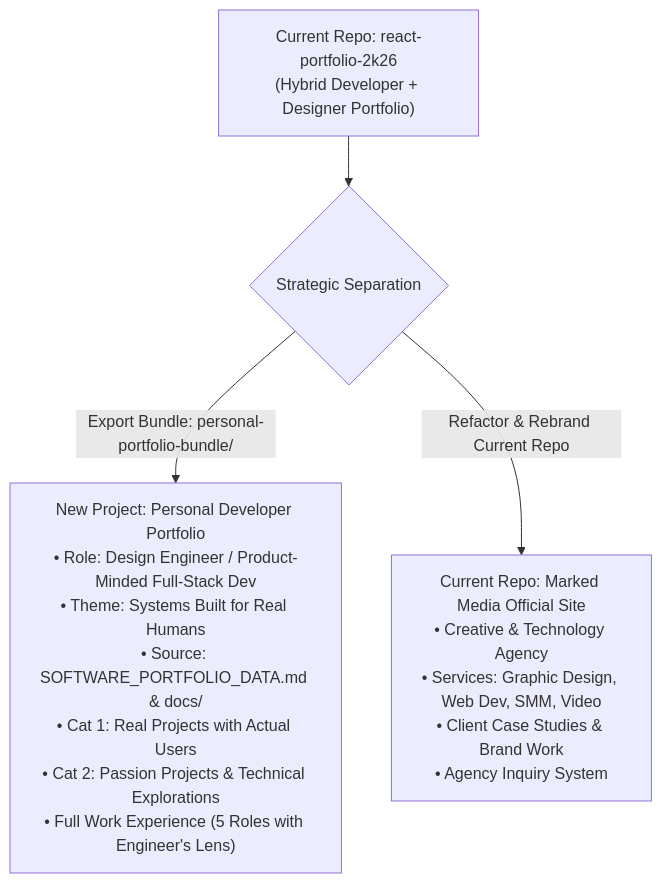
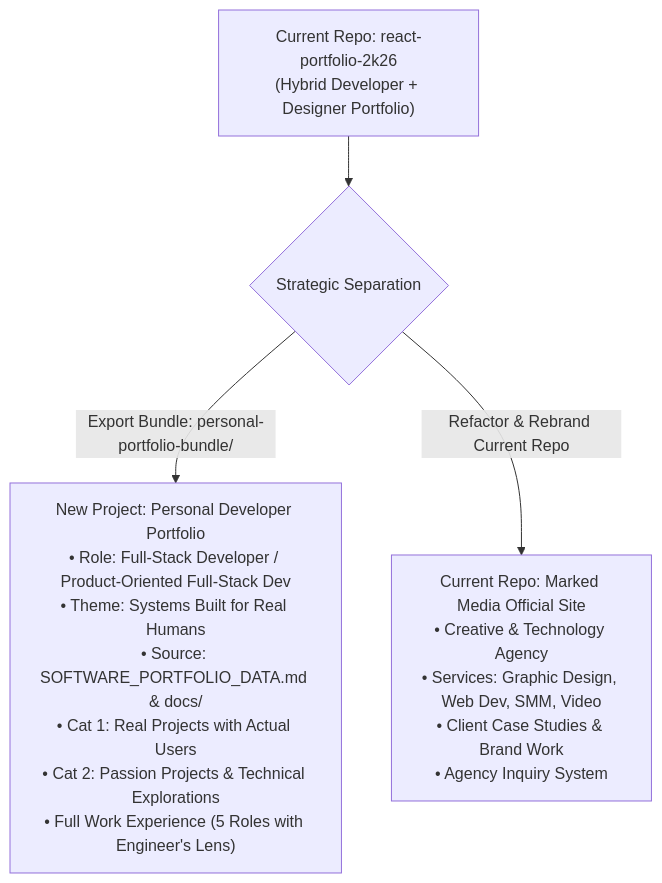
One commit to markPie29/markyisulatdev changed the first of 2 diagrams in personal-portfolio-bundle/MASTER_PLAN.md. Above: the diagram before and after it, drawn with Mermaid. The commit also changed other lines of this file and 20 other files, not shown here.

Commit message:
refactor(layout,typography,docs): center hero stack, borderless justified socials, fix Helvetica descenders, update title to Full-Stack Developer

````diff
--- a/personal-portfolio-bundle/MASTER_PLAN.md
+++ b/personal-portfolio-bundle/MASTER_PLAN.md
@@ -10,11 +10,11 @@
 ```mermaid
 flowchart TD
     Current["Current Repo: react-portfolio-2k26\n(Hybrid Developer + Designer Portfolio)"]
     Split{"Strategic Separation"}
     
     Current --> Split
     
-    Split -->|"Export Bundle: personal-portfolio-bundle/"| Dev["New Project: Personal Developer Portfolio\n• Role: Design Engineer / Product-Minded Full-Stack Dev\n• Theme: Systems Built for Real Humans\n• Source: SOFTWARE_PORTFOLIO_DATA.md & docs/\n• Cat 1: Real Projects with Actual Users\n• Cat 2: Passion Projects & Technical Explorations\n• Full Work Experience (5 Roles with Engineer's Lens)"]
+    Split -->|"Export Bundle: personal-portfolio-bundle/"| Dev["New Project: Personal Developer Portfolio\n• Role: Full-Stack Developer / Product-Oriented Full-Stack Dev\n• Theme: Systems Built for Real Humans\n• Source: SOFTWARE_PORTFOLIO_DATA.md & docs/\n• Cat 1: Real Projects with Actual Users\n• Cat 2: Passion Projects & Technical Explorations\n• Full Work Experience (5 Roles with Engineer's Lens)"]
     
     Split -->|"Refactor & Rebrand Current Repo"| Agency["Current Repo: Marked Media Official Site\n• Creative & Technology Agency\n• Services: Graphic Design, Web Dev, SMM, Video\n• Client Case Studies & Brand Work\n• Agency Inquiry System"]
 ```
````
